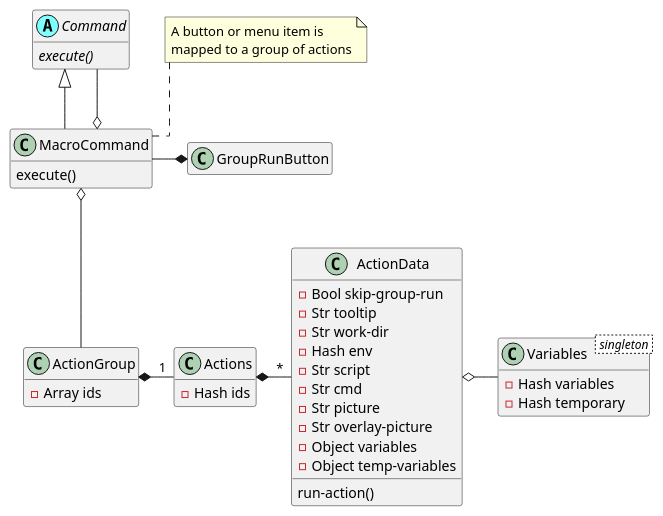
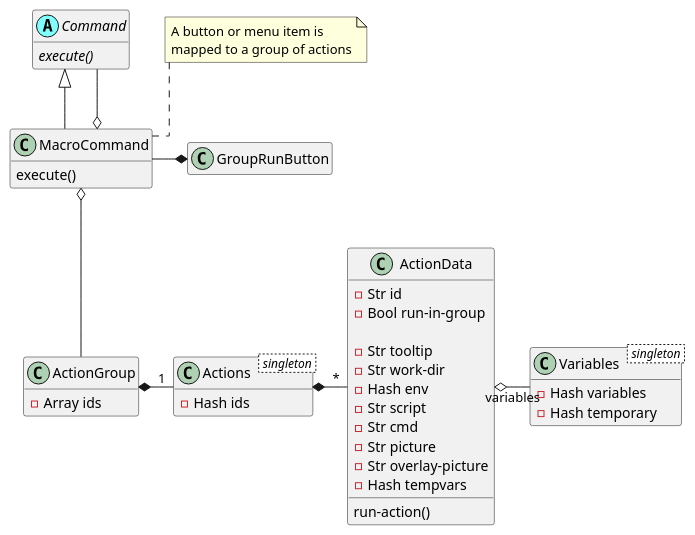
Before and after one commit to MARTIMM/SessionManager: the second of 2 diagrams in doc/dispatcher.md, drawn with PlantUML. The commit also changed other lines of this file, not shown here.

Commit message:
change uml

````diff
--- a/doc/dispatcher.md
+++ b/doc/dispatcher.md
@@ -101,66 +102,64 @@
 ```plantuml
 @startuml
 
 'scale 0.8
 
 skinparam packageStyle rectangle
 skinparam stereotypeCBackgroundColor #80ffff
 skinparam linetype ortho
 
 set namespaceSeparator ::
-hide empty  members
-'hide attributes
+hide empty members
 
 abstract class Command <<(A,#80ffff)>> {
   {abstract} execute()
 }
 
 class MacroCommand {
   execute()
 }
 
 class Variables < singleton > {
   - Hash variables
   - Hash temporary
 }
 
-class Actions {
+class Actions < singleton > {
   - Hash ids
 }
 
 class ActionGroup {
   - Array ids
 }
 
+class ActionData {
+  - Str id
+  - Bool run-in-group
 
-class ActionData {
-  - Bool skip-group-run
   - Str tooltip
   - Str work-dir
   - Hash env
   - Str script
   - Str cmd
   - Str picture
   - Str overlay-picture
-  - Object variables
-  - Object temp-variables
+  - Hash tempvars
 
   run-action()
 }
 
 Actions *- "*" ActionData
 
 
 Command <|-- MacroCommand
-
 Command  --o MacroCommand
 MacroCommand  o-- ActionGroup
 note "A button or menu item is\nmapped to a group of actions" as N2
 N2 .. MacroCommand
 
-ActionData o- Variables
+ActionData o- Variables: variables
 MacroCommand -* GroupRunButton
 
 ActionGroup *- "1" Actions
 @enduml
 ```
````
